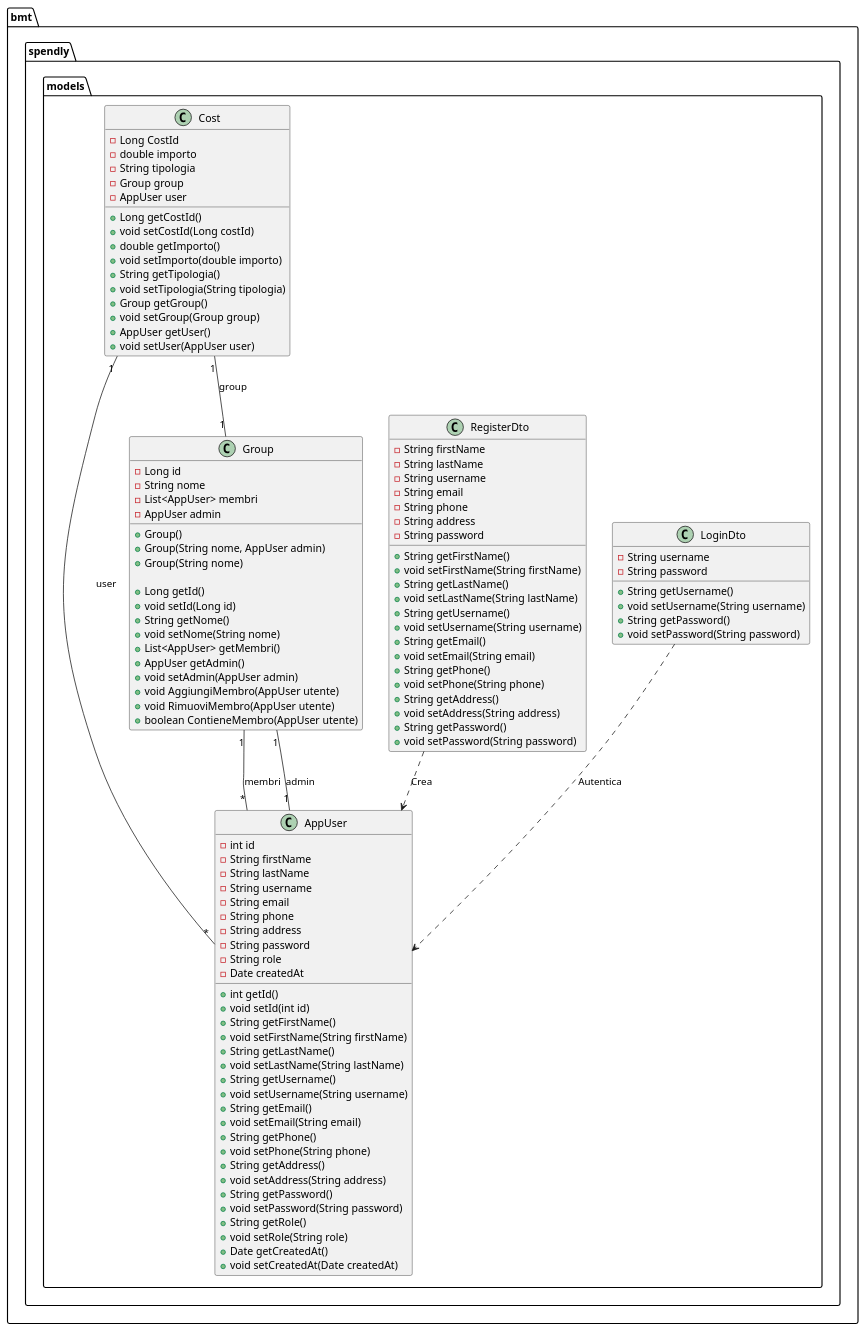
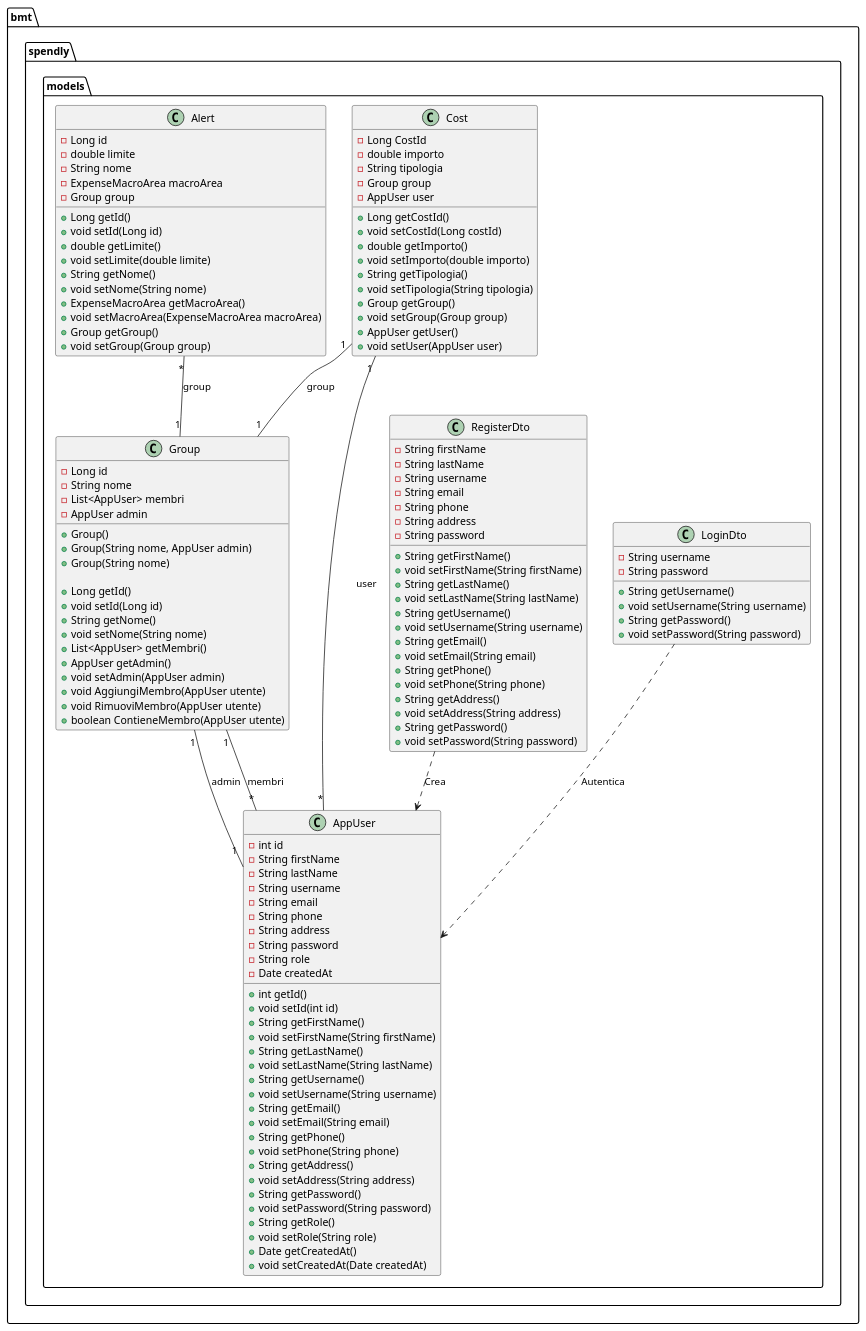
Before and after one commit to lorisiaco/PACproject: the diagram in Documentazione/Iterazione2/ClassDiagram2.puml, drawn with PlantUML. The commit also changed 5 other files, not shown here.

```diff
--- a/Documentazione/Iterazione2/ClassDiagram2.puml
+++ b/Documentazione/Iterazione2/ClassDiagram2.puml
@@ -1,120 +1,140 @@
 @startuml
 package "bmt.spendly.models" {
     class AppUser {
         - int id
         - String firstName
         - String lastName
         - String username
         - String email
         - String phone
         - String address
         - String password
         - String role
         - Date createdAt
 
         + int getId()
         + void setId(int id)
         + String getFirstName()
         + void setFirstName(String firstName)
         + String getLastName()
         + void setLastName(String lastName)
         + String getUsername()
         + void setUsername(String username)
         + String getEmail()
         + void setEmail(String email)
         + String getPhone()
         + void setPhone(String phone)
         + String getAddress()
         + void setAddress(String address)
         + String getPassword()
         + void setPassword(String password)
         + String getRole()
         + void setRole(String role)
         + Date getCreatedAt()
         + void setCreatedAt(Date createdAt)
     }
 
     class LoginDto {
         - String username
         - String password
 
         + String getUsername()
         + void setUsername(String username)
         + String getPassword()
         + void setPassword(String password)
     }
 
     class RegisterDto {
         - String firstName
         - String lastName
         - String username
         - String email
         - String phone
         - String address
         - String password
 
         + String getFirstName()
         + void setFirstName(String firstName)
         + String getLastName()
         + void setLastName(String lastName)
         + String getUsername()
         + void setUsername(String username)
         + String getEmail()
         + void setEmail(String email)
         + String getPhone()
         + void setPhone(String phone)
         + String getAddress()
         + void setAddress(String address)
         + String getPassword()
         + void setPassword(String password)
     }
 
     class Group {
         - Long id
         - String nome
         - List<AppUser> membri
         - AppUser admin
 
         + Group()
         + Group(String nome, AppUser admin)
         + Group(String nome)
 
         + Long getId()
         + void setId(Long id)
         + String getNome()
         + void setNome(String nome)
         + List<AppUser> getMembri()
         + AppUser getAdmin()
         + void setAdmin(AppUser admin)
         + void AggiungiMembro(AppUser utente)
         + void RimuoviMembro(AppUser utente)
         + boolean ContieneMembro(AppUser utente)
     }
 
     class Cost {
         - Long CostId
         - double importo
         - String tipologia
         - Group group
         - AppUser user
 
         + Long getCostId()
         + void setCostId(Long costId)
         + double getImporto()
         + void setImporto(double importo)
         + String getTipologia()
         + void setTipologia(String tipologia)
         + Group getGroup()
         + void setGroup(Group group)
         + AppUser getUser()
         + void setUser(AppUser user)
     }
 
+    class Alert {
+        - Long id
+        - double limite
+        - String nome
+        - ExpenseMacroArea macroArea
+        - Group group
+
+        + Long getId()
+        + void setId(Long id)
+        + double getLimite()
+        + void setLimite(double limite)
+        + String getNome()
+        + void setNome(String nome)
+        + ExpenseMacroArea getMacroArea()
+        + void setMacroArea(ExpenseMacroArea macroArea)
+        + Group getGroup()
+        + void setGroup(Group group)
+    }
+
     RegisterDto ..> AppUser : "Crea"
     LoginDto ..> AppUser : "Autentica"
     Group "1" -- "*" AppUser : membri
     Group "1" -- "1" AppUser : admin
     Cost "1" -- "1" Group : group
     Cost "1" -- "*" AppUser : user
+    Alert "*" -- "1" Group : group
 }
 @enduml
```
